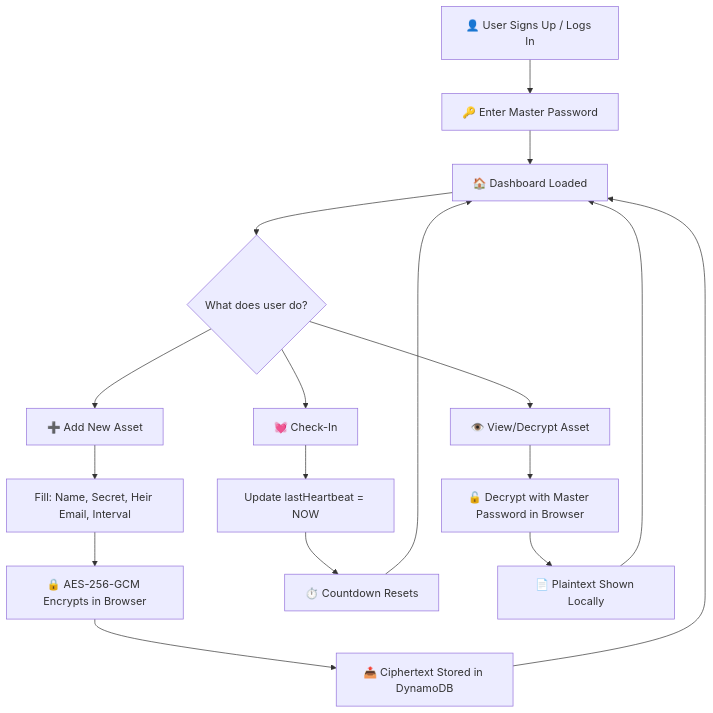
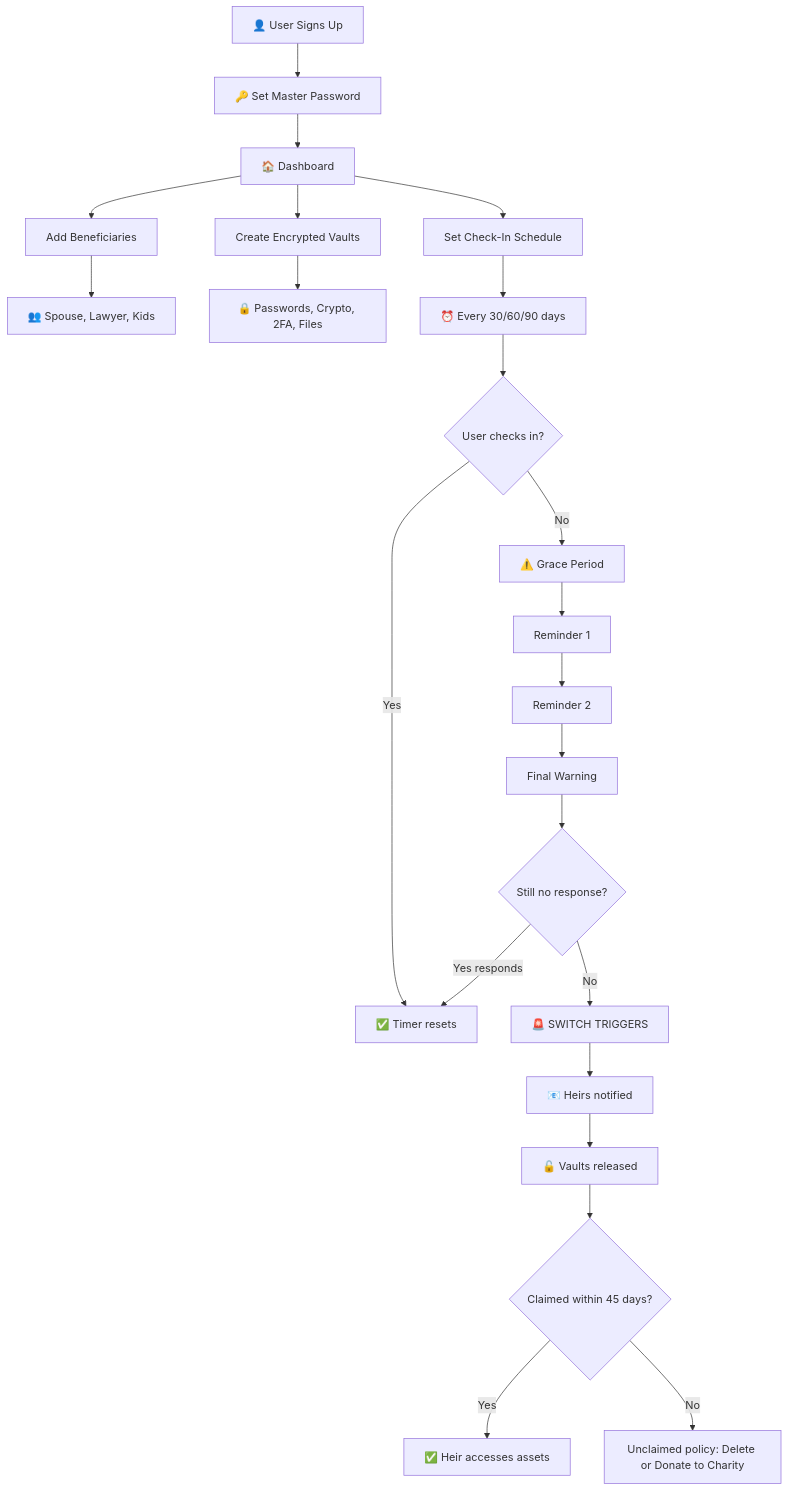
Before and after one commit to yadakrishna245/Aeterna: the first of 4 diagrams in README.md, drawn with Mermaid. The commit also changed other lines of this file and 4 other files, not shown here.

Commit message:
fix: remove fake data from smartwatch/social, rename AI to Access Guide, add welcome card, update README with mermaid diagrams

````diff
--- a/README.md
+++ b/README.md
@@ -67,23 +29,27 @@
 ```mermaid
 flowchart TD
-    A[👤 User Signs Up / Logs In] --> B[🔑 Enter Master Password]
-    B --> C[🏠 Dashboard Loaded]
-    C --> D{What does user do?}
+    A[👤 User Signs Up] --> B[🔑 Set Master Password]
+    B --> C[🏠 Dashboard]
+    C --> D[Add Beneficiaries]
+    C --> E[Create Encrypted Vaults]
+    C --> F[Set Check-In Schedule]
     
-    D --> E[➕ Add New Asset]
-    D --> F[💓 Check-In]
-    D --> G[👁️ View/Decrypt Asset]
+    D --> G[👥 Spouse, Lawyer, Kids]
+    E --> H[🔒 Passwords, Crypto, 2FA, Files]
+    F --> I[⏰ Every 30/60/90 days]
     
-    E --> E1[Fill: Name, Secret, Heir Email, Interval]
-    E1 --> E2[🔒 AES-256-GCM Encrypts in Browser]
-    E2 --> E3[📤 Ciphertext Stored in DynamoDB]
-    E3 --> C
-    
-    F --> F1[Update lastHeartbeat = NOW]
-    F1 --> F2[⏱️ Countdown Resets]
-    F2 --> C
-    
-    G --> G1[🔓 Decrypt with Master Password in Browser]
-    G1 --> G2[📄 Plaintext Shown Locally]
-    G2 --> C
+    I --> J{User checks in?}
+    J -->|Yes| K[✅ Timer resets]
+    J -->|No| L[⚠️ Grace Period]
+    L --> M[Reminder 1]
+    M --> N[Reminder 2]
+    N --> O[Final Warning]
+    O --> P{Still no response?}
+    P -->|Yes responds| K
+    P -->|No| Q[🚨 SWITCH TRIGGERS]
+    Q --> R[📧 Heirs notified]
+    R --> S[🔓 Vaults released]
+    S --> T{Claimed within 45 days?}
+    T -->|Yes| U[✅ Heir accesses assets]
+    T -->|No| V[Unclaimed policy: Delete or Donate to Charity]
 ```
````
